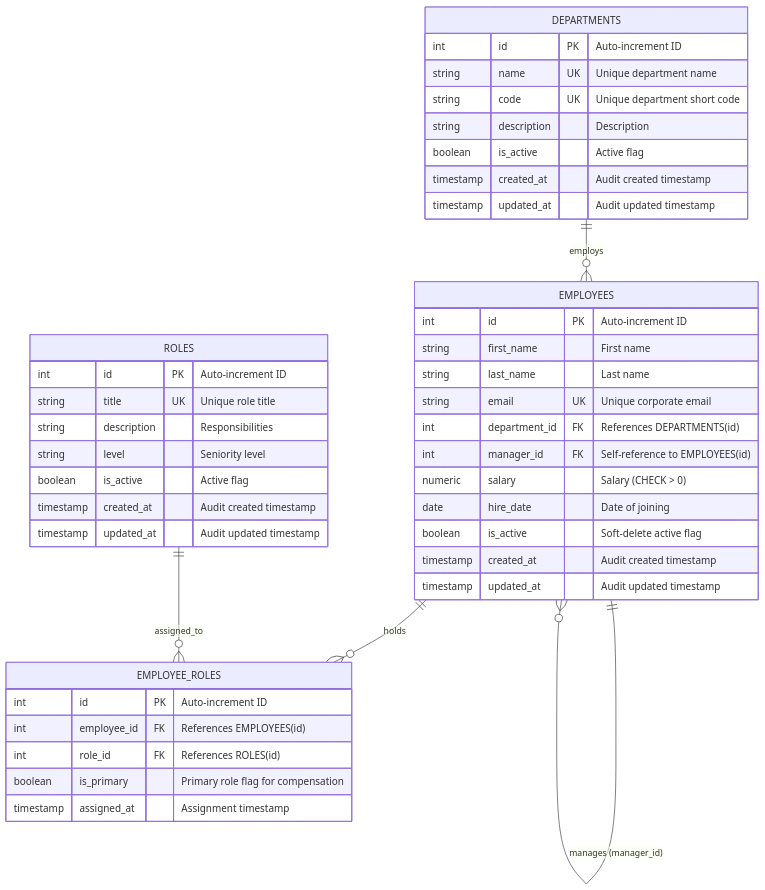
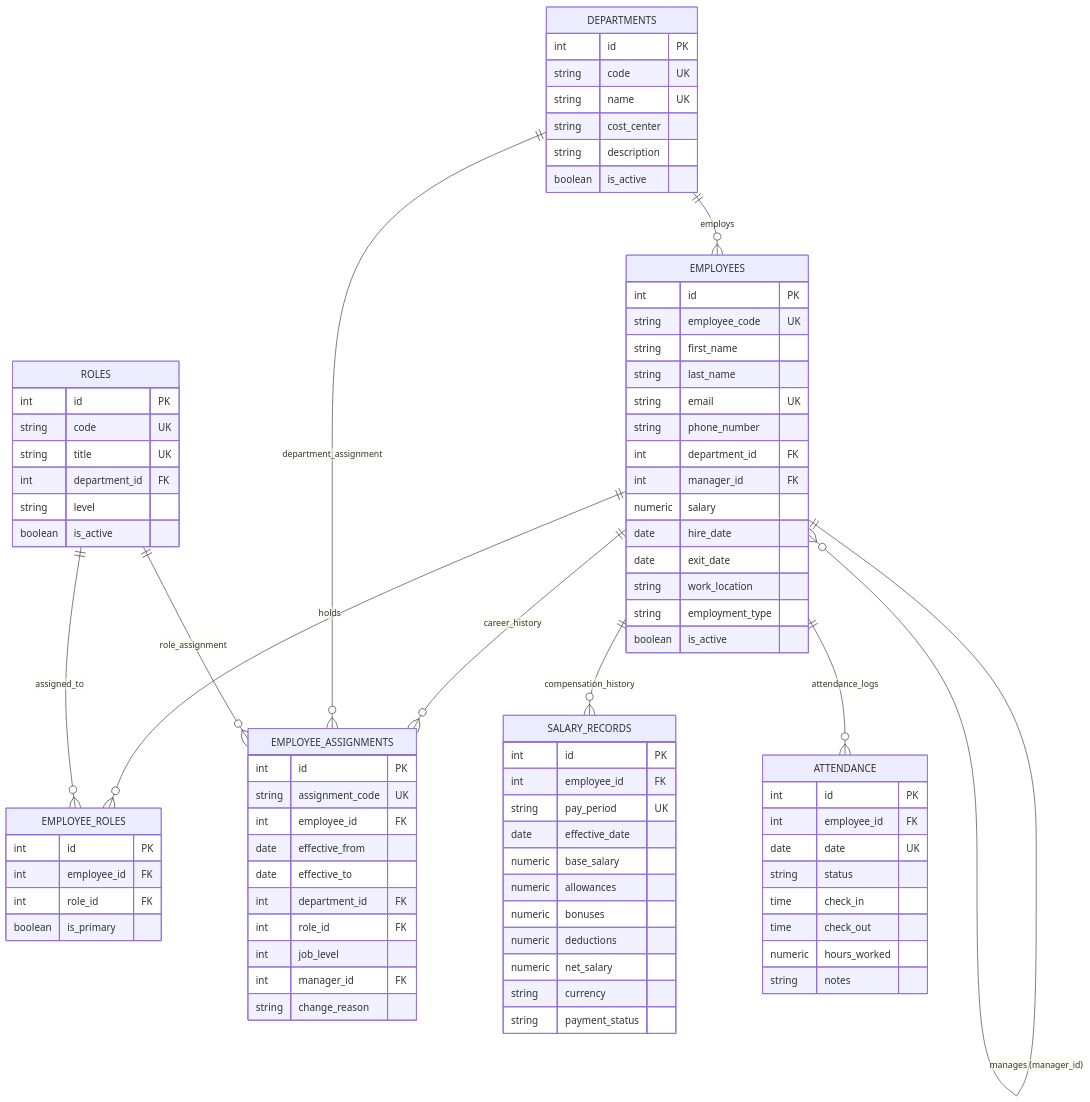
The diagram in README.md (abhinav2231/employee-management-api-), drawn with Mermaid before and after one commit. The commit also changed other lines of this file and 22 other files, not shown here.

````diff
--- a/README.md
+++ b/README.md
@@ -156,46 +113,89 @@
     EMPLOYEES ||--o{ EMPLOYEES : "manages (manager_id)"
     EMPLOYEES ||--o{ EMPLOYEE_ROLES : "holds"
     ROLES ||--o{ EMPLOYEE_ROLES : "assigned_to"
+    EMPLOYEES ||--o{ EMPLOYEE_ASSIGNMENTS : "career_history"
+    DEPARTMENTS ||--o{ EMPLOYEE_ASSIGNMENTS : "department_assignment"
+    ROLES ||--o{ EMPLOYEE_ASSIGNMENTS : "role_assignment"
+    EMPLOYEES ||--o{ SALARY_RECORDS : "compensation_history"
+    EMPLOYEES ||--o{ ATTENDANCE : "attendance_logs"
 
     DEPARTMENTS {
-        int id PK "Auto-increment ID"
-        string name UK "Unique department name"
-        string code UK "Unique department short code"
-        string description "Description"
-        boolean is_active "Active flag"
-        timestamp created_at "Audit created timestamp"
-        timestamp updated_at "Audit updated timestamp"
+        int id PK
+        string code UK
+        string name UK
+        string cost_center
+        string description
+        boolean is_active
     }
 
     ROLES {
-        int id PK "Auto-increment ID"
-        string title UK "Unique role title"
-        string description "Responsibilities"
-        string level "Seniority level"
-        boolean is_active "Active flag"
-        timestamp created_at "Audit created timestamp"
-        timestamp updated_at "Audit updated timestamp"
+        int id PK
+        string code UK
+        string title UK
+        int department_id FK
+        string level
+        boolean is_active
     }
 
     EMPLOYEES {
-        int id PK "Auto-increment ID"
-        string first_name "First name"
-        string last_name "Last name"
-        string email UK "Unique corporate email"
-        int department_id FK "References DEPARTMENTS(id)"
-        int manager_id FK "Self-reference to EMPLOYEES(id)"
-        numeric salary "Salary (CHECK > 0)"
-        date hire_date "Date of joining"
-        boolean is_active "Soft-delete active flag"
-        timestamp created_at "Audit created timestamp"
-        timestamp updated_at "Audit updated timestamp"
+        int id PK
+        string employee_code UK
+        string first_name
+        string last_name
+        string email UK
+        string phone_number
+        int department_id FK
+        int manager_id FK
+        numeric salary
+        date hire_date
+        date exit_date
+        string work_location
+        string employment_type
+        boolean is_active
     }
 
     EMPLOYEE_ROLES {
-        int id PK "Auto-increment ID"
-        int employee_id FK "References EMPLOYEES(id)"
-        int role_id FK "References ROLES(id)"
-        boolean is_primary "Primary role flag for compensation"
-        timestamp assigned_at "Assignment timestamp"
+        int id PK
+        int employee_id FK
+        int role_id FK
+        boolean is_primary
+    }
+
+    EMPLOYEE_ASSIGNMENTS {
+        int id PK
+        string assignment_code UK
+        int employee_id FK
+        date effective_from
+        date effective_to
+        int department_id FK
+        int role_id FK
+        int job_level
+        int manager_id FK
+        string change_reason
+    }
+
+    SALARY_RECORDS {
+        int id PK
+        int employee_id FK
+        string pay_period UK
+        date effective_date
+        numeric base_salary
+        numeric allowances
+        numeric bonuses
+        numeric deductions
+        numeric net_salary
+        string currency
+        string payment_status
+    }
+
+    ATTENDANCE {
+        int id PK
+        int employee_id FK
+        date date UK
+        string status
+        time check_in
+        time check_out
+        numeric hours_worked
+        string notes
     }
 ```
````
